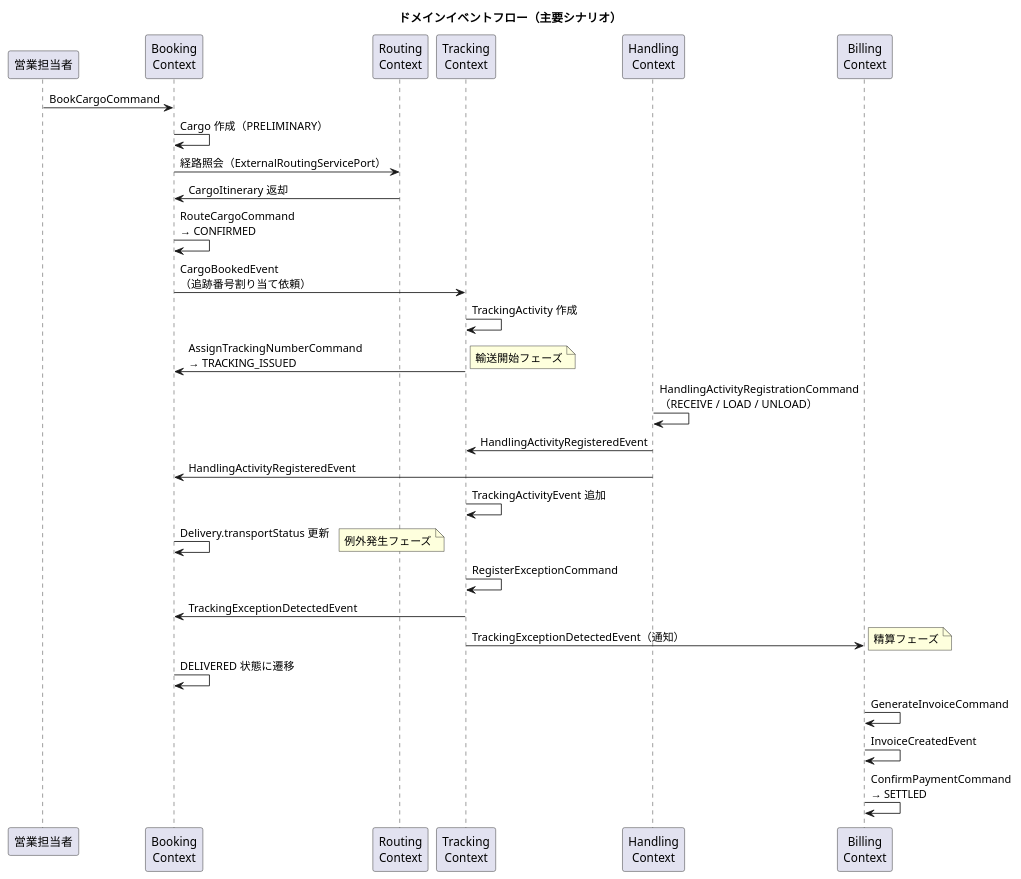
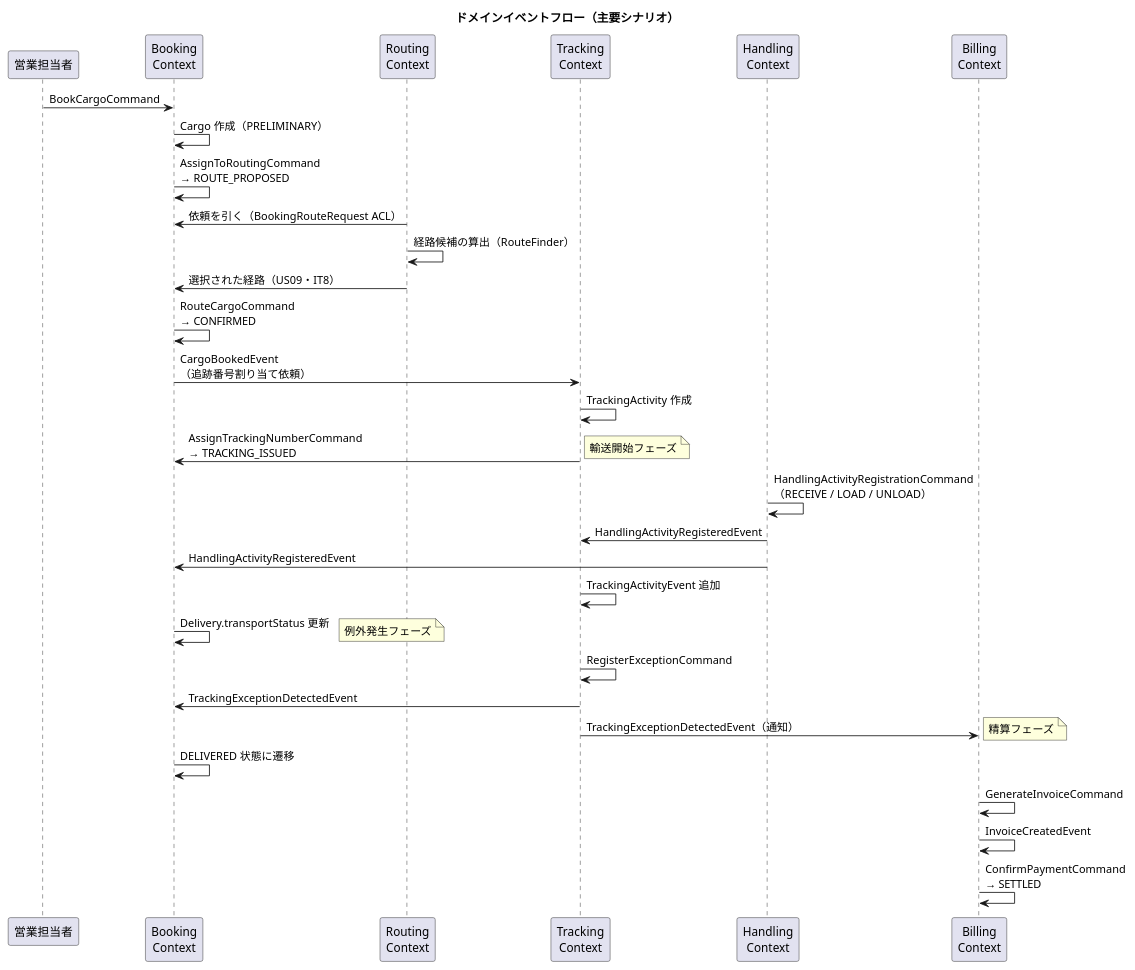
One commit to k2works/case-study-cargo-tracker changed diagram 11 of 11 in docs/design/domain-model.md. Above: the diagram before and after it, drawn with PlantUML. The commit also changed other lines of this file and 22 other files, not shown here.

````diff
--- a/docs/design/domain-model.md
+++ b/docs/design/domain-model.md
@@ -1200,43 +1200,45 @@
 ```plantuml
 @startuml
 title ドメインイベントフロー（主要シナリオ）
 
 participant "営業担当者" as sales
 participant "Booking\nContext" as booking
 participant "Routing\nContext" as routing
 participant "Tracking\nContext" as tracking
 participant "Handling\nContext" as handling
 participant "Billing\nContext" as billing
 
 sales -> booking : BookCargoCommand
 booking -> booking : Cargo 作成（PRELIMINARY）
-booking -> routing : 経路照会（ExternalRoutingServicePort）
-routing -> booking : CargoItinerary 返却
+booking -> booking : AssignToRoutingCommand\n→ ROUTE_PROPOSED
+routing -> booking : 依頼を引く（BookingRouteRequest ACL）
+routing -> routing : 経路候補の算出（RouteFinder）
+routing -> booking : 選択された経路（US09・IT8）
 booking -> booking : RouteCargoCommand\n→ CONFIRMED
 booking -> tracking : CargoBookedEvent\n（追跡番号割り当て依頼）
 tracking -> tracking : TrackingActivity 作成
 tracking -> booking : AssignTrackingNumberCommand\n→ TRACKING_ISSUED
 
 note right : 輸送開始フェーズ
 
 handling -> handling : HandlingActivityRegistrationCommand\n（RECEIVE / LOAD / UNLOAD）
 handling -> tracking : HandlingActivityRegisteredEvent
 handling -> booking : HandlingActivityRegisteredEvent
 tracking -> tracking : TrackingActivityEvent 追加
 booking -> booking : Delivery.transportStatus 更新
 
 note right : 例外発生フェーズ
 
 tracking -> tracking : RegisterExceptionCommand
 tracking -> booking : TrackingExceptionDetectedEvent
 tracking -> billing : TrackingExceptionDetectedEvent（通知）
 
 note right : 精算フェーズ
 
 booking -> booking : DELIVERED 状態に遷移
 billing -> billing : GenerateInvoiceCommand
 billing -> billing : InvoiceCreatedEvent
 billing -> billing : ConfirmPaymentCommand\n→ SETTLED
 
 @enduml
 ```
````
